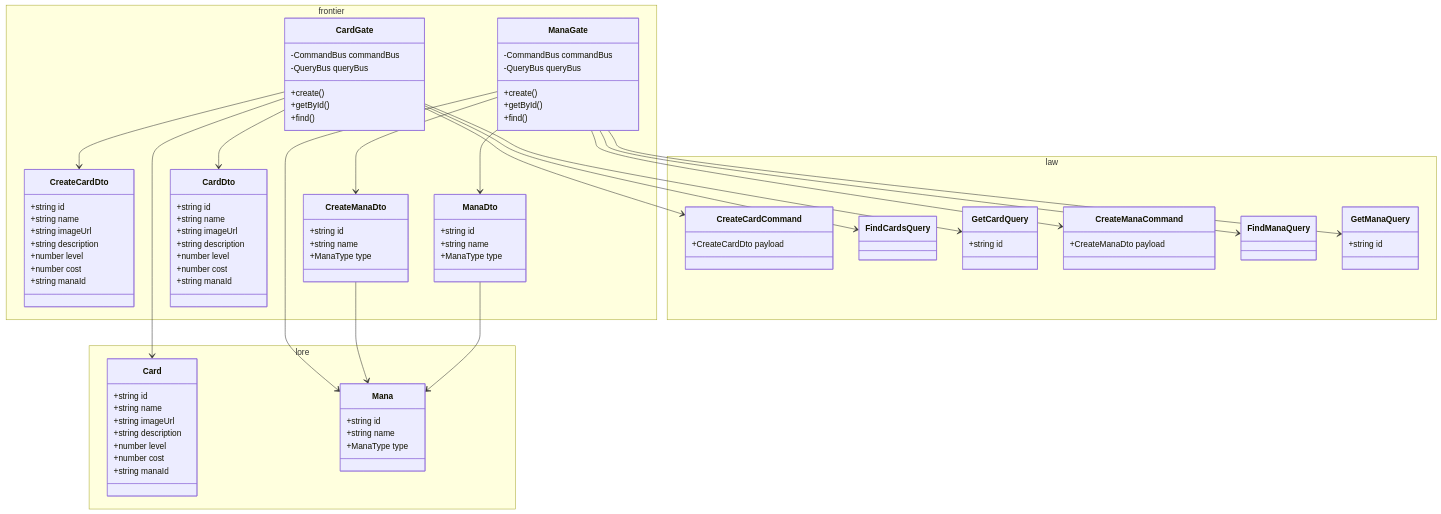
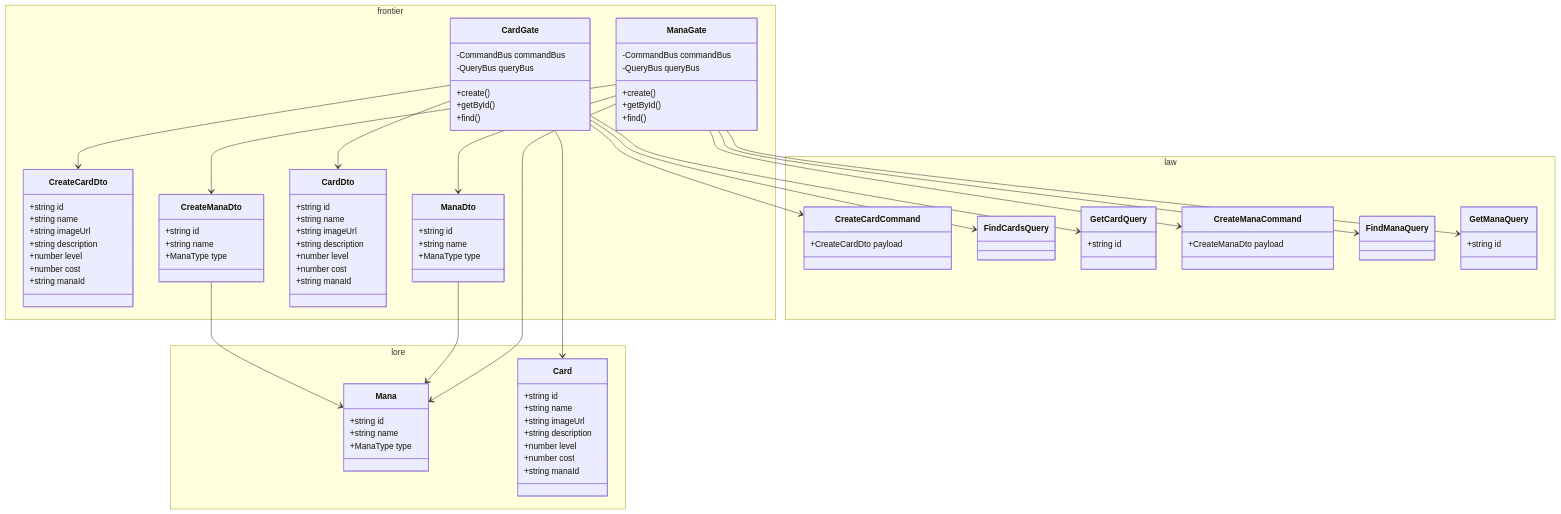
Before and after one commit to pslotinsky/decay-of-magic: the first of 5 diagrams in realms/codex-realm/README.md, drawn with Mermaid. The commit also changed other lines of this file and 6 other files, not shown here.

````diff
--- a/realms/codex-realm/README.md
+++ b/realms/codex-realm/README.md
@@ -33,20 +33,6 @@
 ```mermaid
 classDiagram
   namespace frontier {
-    class CardGate {
-      -CommandBus commandBus
-      -QueryBus queryBus
-      +create()
-      +getById()
-      +find()
-    }
-    class ManaGate {
-      -CommandBus commandBus
-      -QueryBus queryBus
-      +create()
-      +getById()
-      +find()
-    }
     class CreateCardDto {
       +string id
       +string name
@@ -75,6 +61,36 @@
       +string name
       +ManaType type
     }
+    class CardGate {
+      -CommandBus commandBus
+      -QueryBus queryBus
+      +create()
+      +getById()
+      +find()
+    }
+    class ManaGate {
+      -CommandBus commandBus
+      -QueryBus queryBus
+      +create()
+      +getById()
+      +find()
+    }
+  }
+  namespace lore {
+    class Mana {
+      +string id
+      +string name
+      +ManaType type
+    }
+    class Card {
+      +string id
+      +string name
+      +string imageUrl
+      +string description
+      +number level
+      +number cost
+      +string manaId
+    }
   }
   namespace law {
     class CreateCardCommand {
@@ -92,23 +108,9 @@
       +string id
     }
   }
-  namespace lore {
-    class Card {
-      +string id
-      +string name
-      +string imageUrl
-      +string description
-      +number level
-      +number cost
-      +string manaId
-    }
-    class Mana {
-      +string id
-      +string name
-      +ManaType type
-    }
-  }
 
+  CreateManaDto --> Mana
+  ManaDto --> Mana
   CardGate --> CreateCardDto
   CardGate --> CardDto
   CardGate --> CreateCardCommand
@@ -121,6 +123,4 @@
   ManaGate --> FindManaQuery
   ManaGate --> GetManaQuery
   ManaGate --> Mana
-  CreateManaDto --> Mana
-  ManaDto --> Mana
 ```
````
